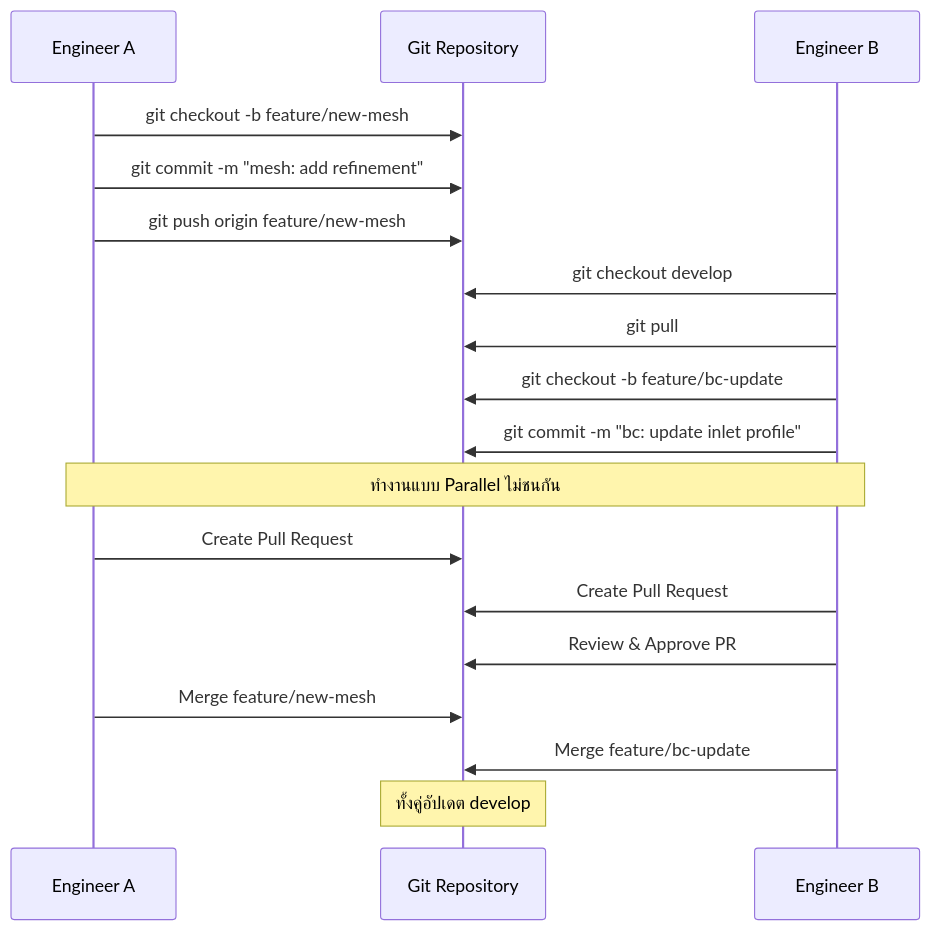
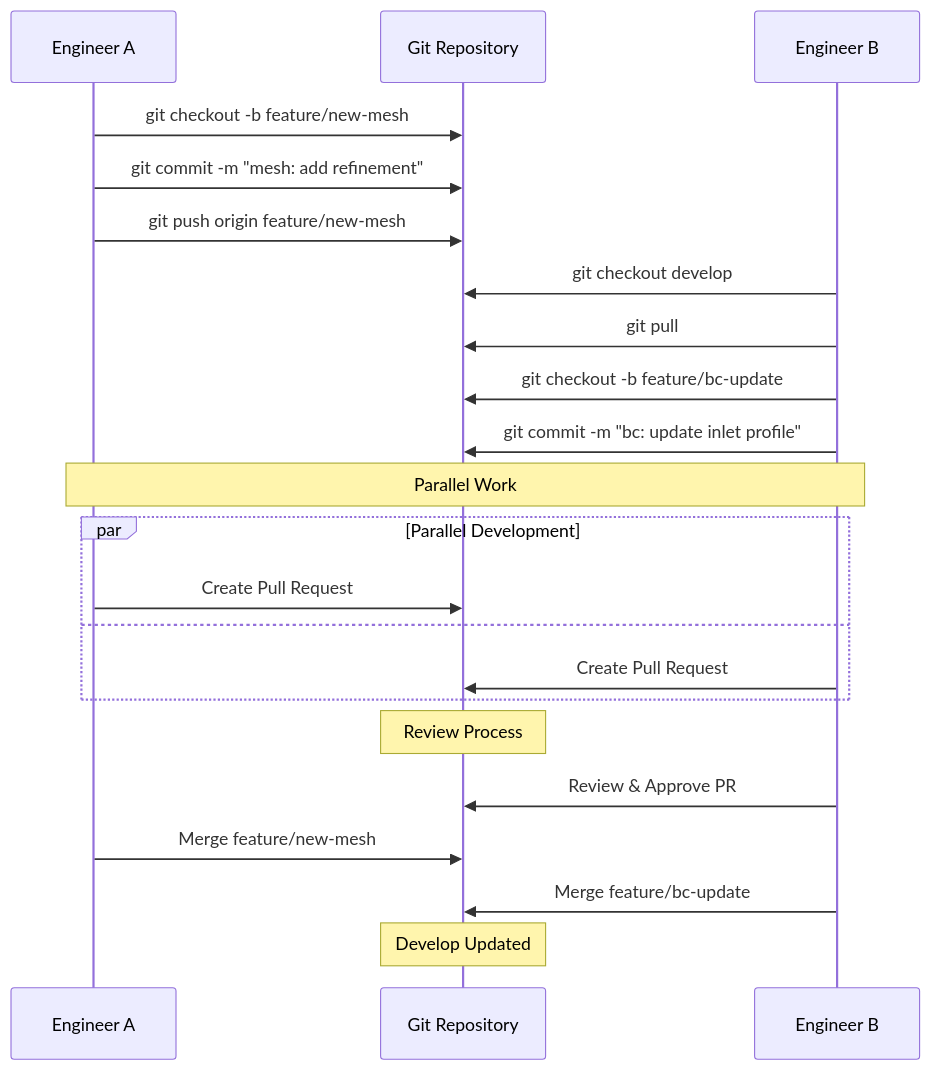
One commit to wramet/build-my-cfd changed the third of 4 diagrams in MODULE_07_UTILITIES_AUTOMATION/CONTENT/07_PROFESSIONAL_PRACTICE/03_Version_Control_Git.md. Above: the diagram before and after it, drawn with Mermaid. The commit also changed other lines of this file and 313 other files, not shown here.

Commit message:
Revise all diagram

````diff
--- a/MODULE_07_UTILITIES_AUTOMATION/CONTENT/07_PROFESSIONAL_PRACTICE/03_Version_Control_Git.md
+++ b/MODULE_07_UTILITIES_AUTOMATION/CONTENT/07_PROFESSIONAL_PRACTICE/03_Version_Control_Git.md
@@ -394,25 +386,29 @@
 ```mermaid
 sequenceDiagram
-    participant A as Engineer A
-    participant Git as Git Repository
-    participant B as Engineer B
+participant A as Engineer A
+participant Git as Git Repository
+participant B as Engineer B
 
-    A->>Git: git checkout -b feature/new-mesh
-    A->>Git: git commit -m "mesh: add refinement"
-    A->>Git: git push origin feature/new-mesh
+A->>Git: git checkout -b feature/new-mesh
+A->>Git: git commit -m "mesh: add refinement"
+A->>Git: git push origin feature/new-mesh
 
-    B->>Git: git checkout develop
-    B->>Git: git pull
-    B->>Git: git checkout -b feature/bc-update
-    B->>Git: git commit -m "bc: update inlet profile"
+B->>Git: git checkout develop
+B->>Git: git pull
+B->>Git: git checkout -b feature/bc-update
+B->>Git: git commit -m "bc: update inlet profile"
 
-    Note over A,B: ทำงานแบบ Parallel ไม่ชนกัน
+Note over A,B: Parallel Work
+par Parallel Development
     A->>Git: Create Pull Request
+and
     B->>Git: Create Pull Request
+end
 
-    B->>Git: Review & Approve PR
-    A->>Git: Merge feature/new-mesh
-    B->>Git: Merge feature/bc-update
+Note over Git: Review Process
+B->>Git: Review & Approve PR
+A->>Git: Merge feature/new-mesh
+B->>Git: Merge feature/bc-update
 
-    Note over Git: ทั้งคู่อัปเดต develop
+Note over Git: Develop Updated
 ```
````
